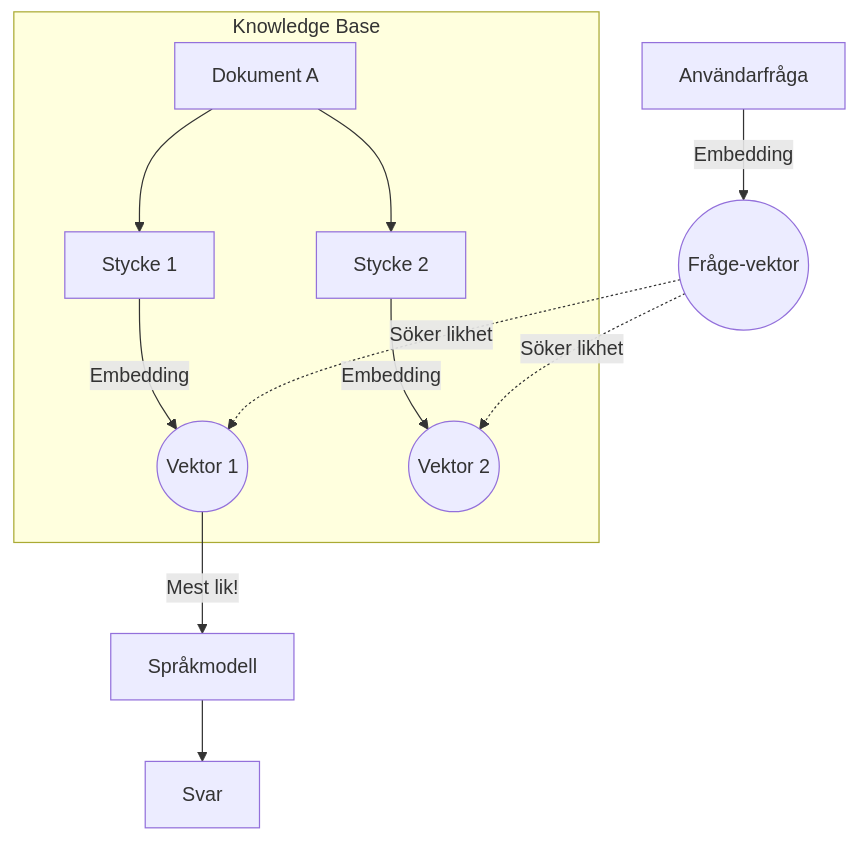
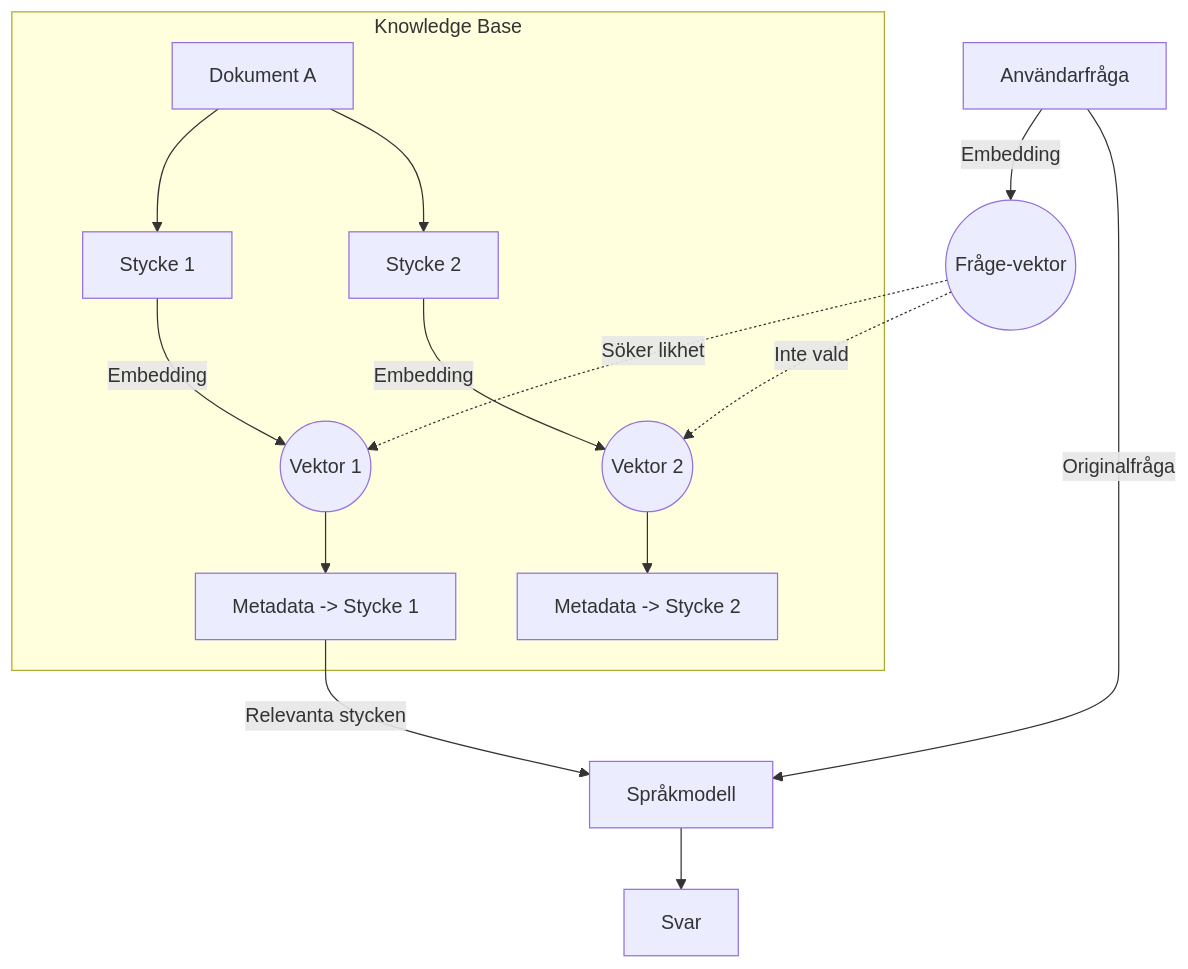
The second of 2 diagrams in docs/00-concepts.md (tyto-official/copilot-studio-course), drawn with Mermaid before and after one commit. The commit also changed other lines of this file and 20 other files, not shown here.

````diff
--- a/docs/00-concepts.md
+++ b/docs/00-concepts.md
@@ -156,17 +293,20 @@
 ```mermaid
 graph TD
     subgraph Knowledge Base
     Doc1[Dokument A] --> Chunk1[Stycke 1]
     Doc1 --> Chunk2[Stycke 2]
     Chunk1 -- Embedding --> V1((Vektor 1))
     Chunk2 -- Embedding --> V2((Vektor 2))
+    V1 --> M1[Metadata -> Stycke 1]
+    V2 --> M2[Metadata -> Stycke 2]
     end
-    
+  
     User[Användarfråga] -- Embedding --> Q((Fråge-vektor))
-    
+  
     Q -.->|Söker likhet| V1
-    Q -.->|Söker likhet| V2
-    
-    V1 -->|Mest lik!| LLM[Språkmodell]
+    Q -.->|Inte vald| V2
+  
+    User -->|Originalfråga| LLM[Språkmodell]
+    M1 -->|Relevanta stycken| LLM
     LLM --> Svar
 ```
````
